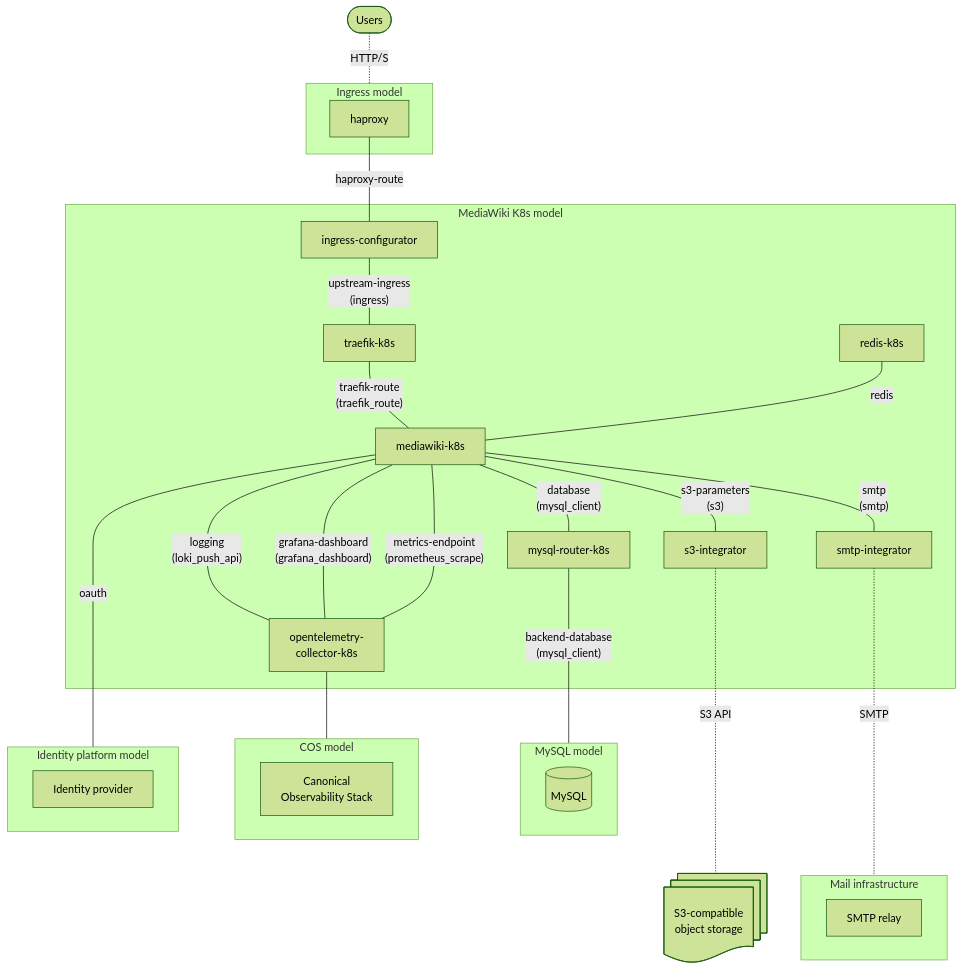
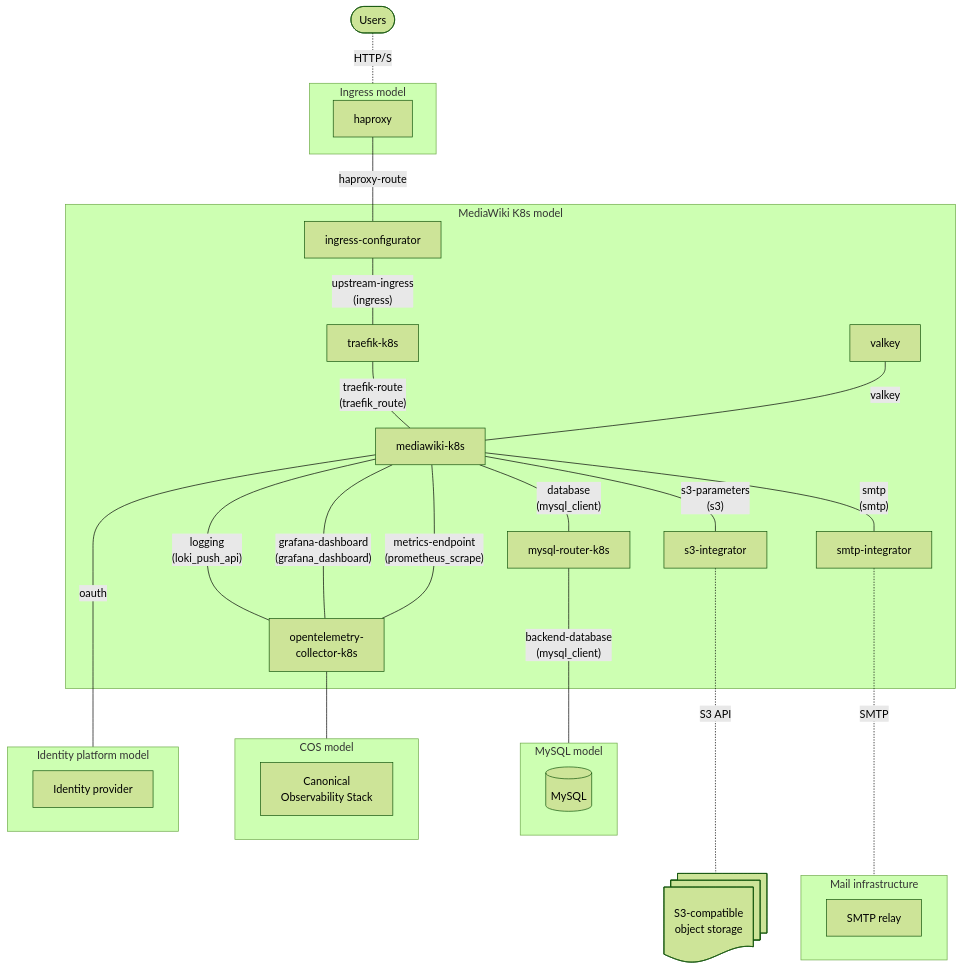
Before and after one commit to canonical/mediawiki-k8s-operator: the diagram in docs/reference/high-level-deployment.rst, drawn with Mermaid (forest theme). The commit also changed other lines of this file and 3 other files, not shown here.

```diff
--- a/docs/reference/high-level-deployment.rst
+++ b/docs/reference/high-level-deployment.rst
@@ -15,55 +15,55 @@
 .. mermaid::
    :name: deployment-diagram
 
    flowchart TB
       Users(["Users"])
 
       S3@{ shape: docs, label: "S3-compatible<br/>object storage"}
 
       subgraph ExternalIngress["Ingress model"]
          Ingress["haproxy"]
       end
 
       subgraph ExternalMySQL["MySQL model"]
          MySQL[("MySQL")]
       end
 
       subgraph ExternalCOS["COS model"]
          COS["Canonical<br/>Observability Stack"]
       end
 
       subgraph ExternalIdentity["Identity platform model"]
          Identity["Identity provider"]
       end
 
       subgraph ExternalSMTP["Mail infrastructure"]
         SMTPRelay["SMTP relay"]
       end
 
       subgraph K8sModel["MediaWiki K8s model"]
          Traefik["traefik-k8s"]
          IngressConfig["ingress-configurator"]
          MediaWiki["mediawiki-k8s"]
          MySQLRouter["mysql-router-k8s"]
-         Redis["redis-k8s"]
+         Valkey["valkey"]
          S3Int["s3-integrator"]
          SMTPInt["smtp-integrator"]
          OtelCol["opentelemetry-<br/>collector-k8s"]
 
          IngressConfig ---|"upstream-ingress<br/>(ingress)"| Traefik ---|"traefik-route<br/>(traefik_route)"| MediaWiki
-         Redis ---|"redis"| MediaWiki
+         Valkey ---|"valkey"| MediaWiki
          MediaWiki ---|"database<br/>(mysql_client)"| MySQLRouter
          MediaWiki ---|"s3-parameters<br/>(s3)"| S3Int
          MediaWiki ---|"smtp<br/>(smtp)"| SMTPInt
          MediaWiki ----|"logging<br/>(loki_push_api)"| OtelCol
          MediaWiki ----|"grafana-dashboard<br/>(grafana_dashboard)"| OtelCol
          MediaWiki ----|"metrics-endpoint<br/>(prometheus_scrape)"| OtelCol
       end
 
       Users -.-|"HTTP/S"| ExternalIngress
       Ingress ---|"haproxy-route"| IngressConfig
       MySQLRouter ----|"backend-database<br/>(mysql_client)"| ExternalMySQL
       OtelCol --- ExternalCOS
       MediaWiki -----|"oauth"| ExternalIdentity
       S3Int -...-|"S3 API"| S3
       SMTPInt -...-|"SMTP"| ExternalSMTP
```
